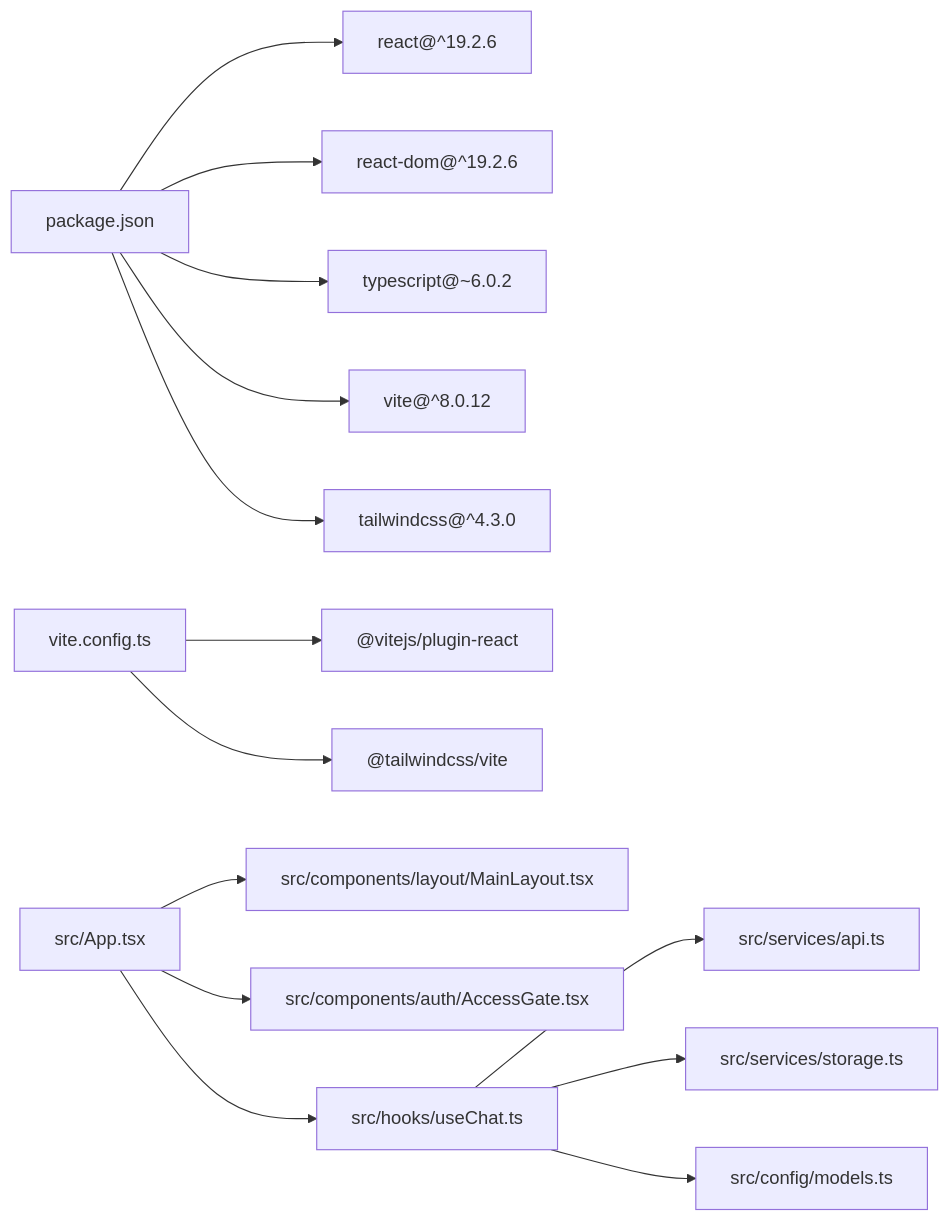
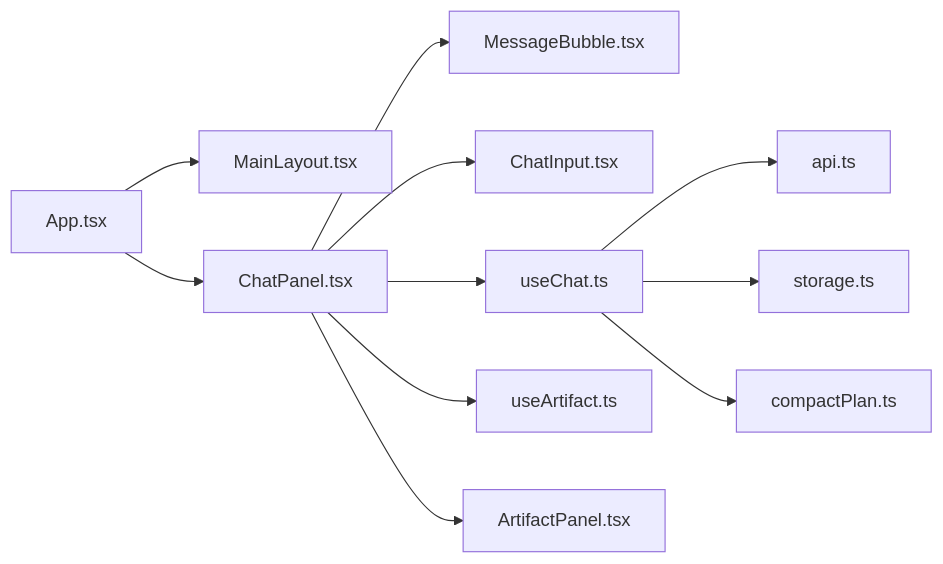
The sixth of 7 diagrams in .qoder/repowiki/zh/content/架构设计/架构设计.md (billye220670/AIShop), drawn with Mermaid before and after one commit. The commit also changed other lines of this file and 135 other files, not shown here.

````diff
--- a/.qoder/repowiki/zh/content/架构设计/架构设计.md
+++ b/.qoder/repowiki/zh/content/架构设计/架构设计.md
@@ -284,16 +307,13 @@
 ```mermaid
 graph LR
-P["package.json"] --> R["react@^19.2.6"]
-P --> RD["react-dom@^19.2.6"]
-P --> TS["typescript@~6.0.2"]
-P --> V["vite@^8.0.12"]
-P --> TW["tailwindcss@^4.3.0"]
-VCFG["vite.config.ts"] --> RPL["@vitejs/plugin-react"]
-VCFG --> TWP["@tailwindcss/vite"]
-APP["src/App.tsx"] --> ML["src/components/layout/MainLayout.tsx"]
-APP --> AG["src/components/auth/AccessGate.tsx"]
-APP --> UC["src/hooks/useChat.ts"]
-UC --> API["src/services/api.ts"]
-UC --> ST["src/services/storage.ts"]
-UC --> MC["src/config/models.ts"]
+App["App.tsx"] --> Layout["MainLayout.tsx"]
+App --> ChatPanel["ChatPanel.tsx"]
+ChatPanel --> MessageBubble["MessageBubble.tsx"]
+ChatPanel --> ChatInput["ChatInput.tsx"]
+ChatPanel --> UseChat["useChat.ts"]
+UseChat --> Api["api.ts"]
+UseChat --> Storage["storage.ts"]
+UseChat --> Compact["compactPlan.ts"]
+ChatPanel --> UseArtifact["useArtifact.ts"]
+ChatPanel --> ArtifactPanel["ArtifactPanel.tsx"]
 ```
````
